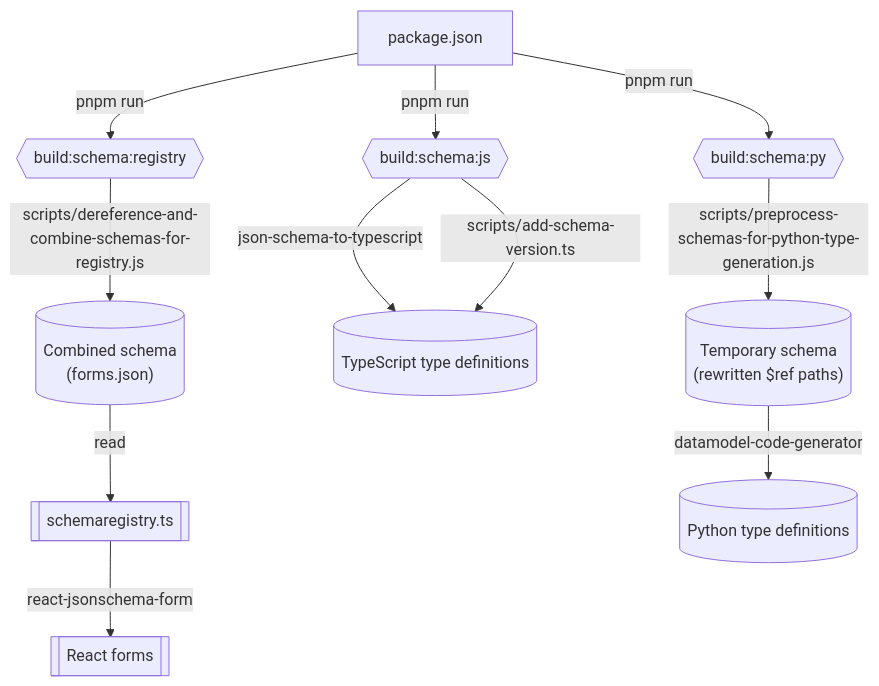
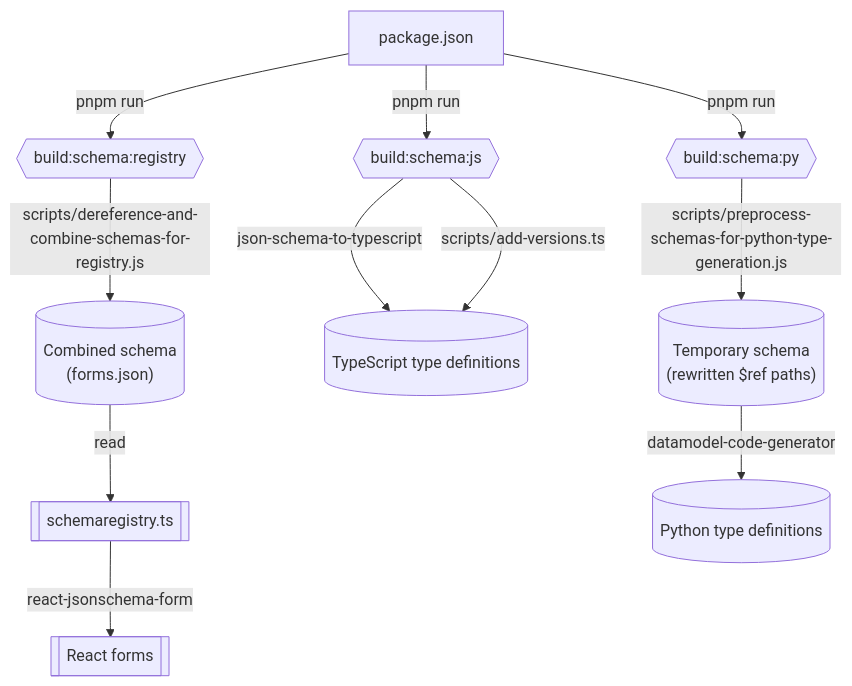
Before and after one commit to geojupyter/jupytergis: the diagram in docs/contributor_guide/explanation/code-generation.md, drawn with Mermaid. The commit also changed other lines of this file and 33 other files, not shown here.

````diff
--- a/docs/contributor_guide/explanation/code-generation.md
+++ b/docs/contributor_guide/explanation/code-generation.md
@@ -15,30 +15,30 @@
 ```mermaid
 flowchart TD
     package-manifest["package.json"]
     npm-script-schema-registry{{"build:schema:registry"}}
     npm-script-schema-js{{"build:schema:js"}}
     npm-script-schema-py{{"build:schema:py"}}
 
     combined-schema[("Combined schema<br/>(forms.json)")]
     schema-registry[["schemaregistry.ts"]]
     react-forms[["React forms"]]
 
     ts-types[("TypeScript type definitions")]
 
     tmp-schema[("Temporary schema<br/>(rewritten $ref paths)")]
     py-types[("Python type definitions")]
 
     package-manifest -->|pnpm run| npm-script-schema-registry
     package-manifest -->|pnpm run| npm-script-schema-js
     package-manifest -->|pnpm run| npm-script-schema-py
 
     npm-script-schema-registry -->|scripts/dereference-and-combine-schemas-for-registry.js| combined-schema
     -->|read| schema-registry
     -->|react-jsonschema-form| react-forms
 
     npm-script-schema-js -->|json-schema-to-typescript| ts-types
-    npm-script-schema-js -->|scripts/add-schema-version.ts| ts-types
+    npm-script-schema-js -->|scripts/add-versions.ts| ts-types
 
     npm-script-schema-py -->|scripts/preprocess-schemas-for-python-type-generation.js| tmp-schema
     --> |datamodel-code-generator| py-types
 ```
````
